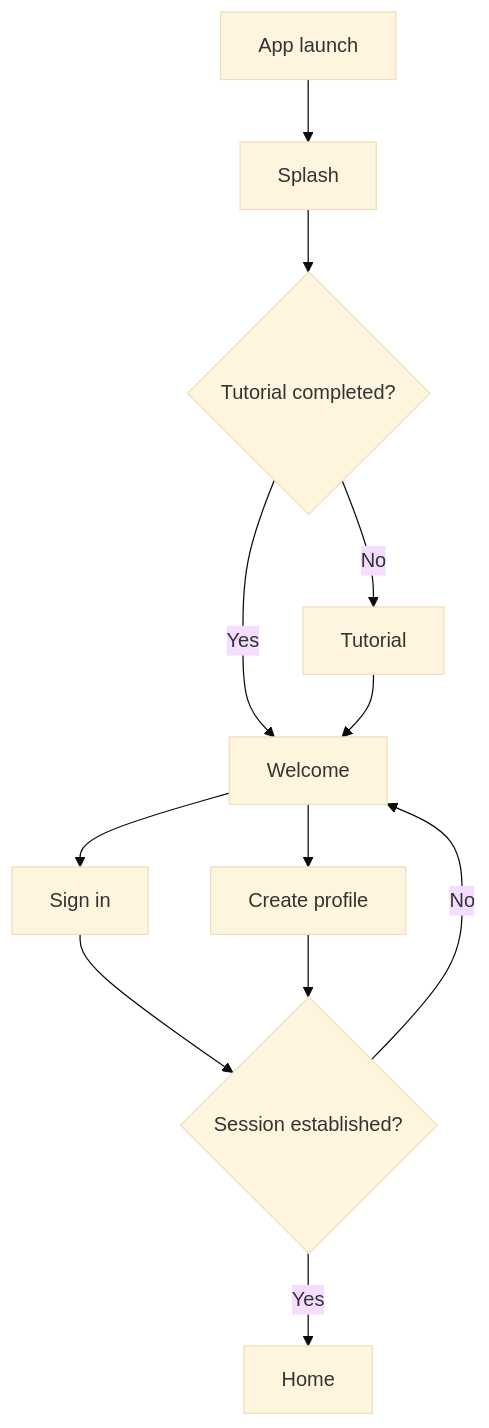
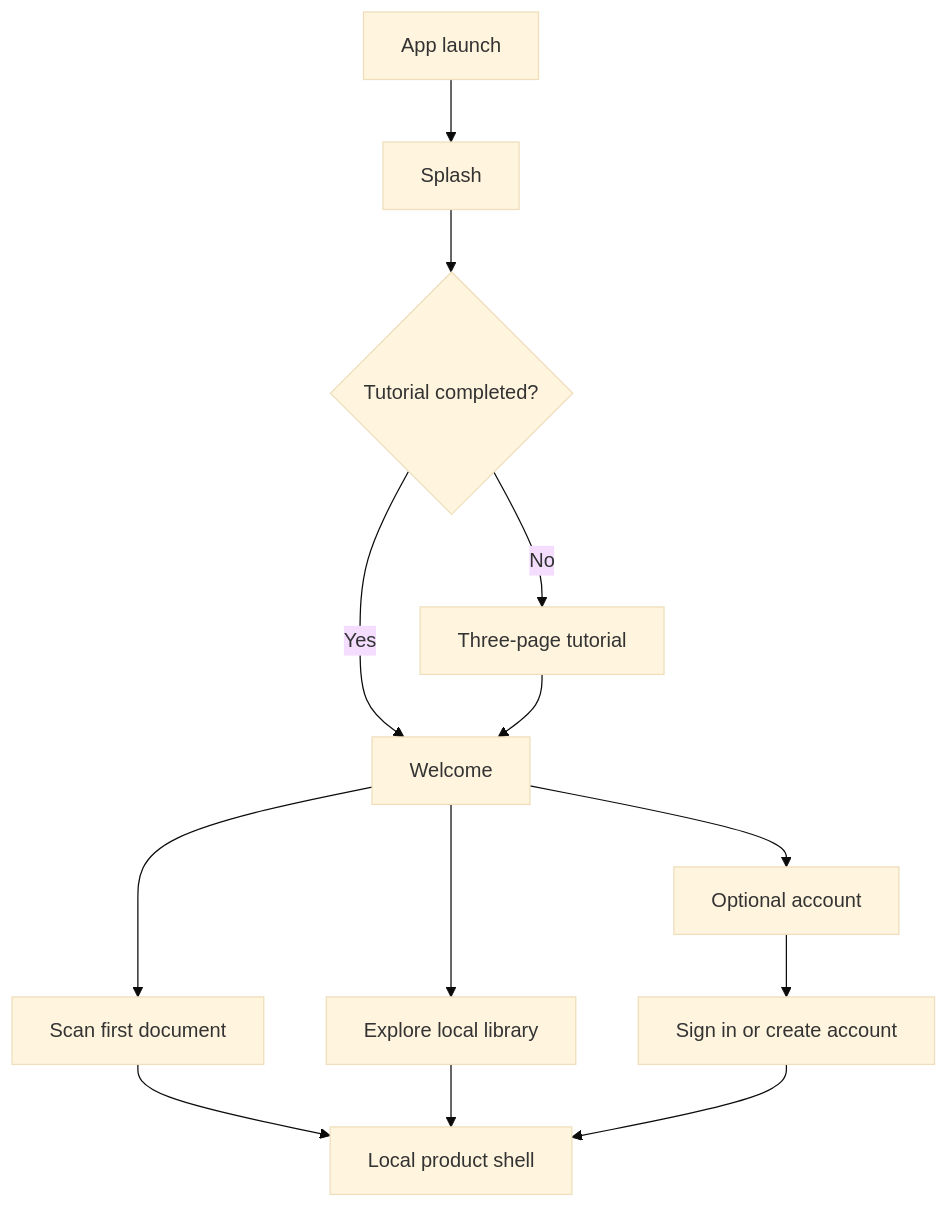
Before and after one commit to toollyscan/toolly-mobile: the first of 2 diagrams in docs/product/RELEASE_APPLICATION_FLOW.md, drawn with Mermaid (base theme). The commit also changed other lines of this file and 58 other files, not shown here.

First line of the commit message:
[TLY-013] Implement Figma-aligned shared application flow (#55)

````diff
--- a/docs/product/RELEASE_APPLICATION_FLOW.md
+++ b/docs/product/RELEASE_APPLICATION_FLOW.md
@@ -12,14 +12,15 @@
 ```mermaid
 flowchart TD
     A[App launch] --> B[Splash]
     B --> C{Tutorial completed?}
-    C -- No --> D[Tutorial]
+    C -- No --> D[Three-page tutorial]
     C -- Yes --> E[Welcome]
     D --> E
-    E --> F[Sign in]
-    E --> G[Create profile]
-    F --> H{Session established?}
-    G --> H
-    H -- Yes --> I[Home]
-    H -- No --> E
+    E --> F[Scan first document]
+    E --> G[Explore local library]
+    E --> H[Optional account]
+    F --> I[Local product shell]
+    G --> I
+    H --> J[Sign in or create account]
+    J --> I
 ```
````
